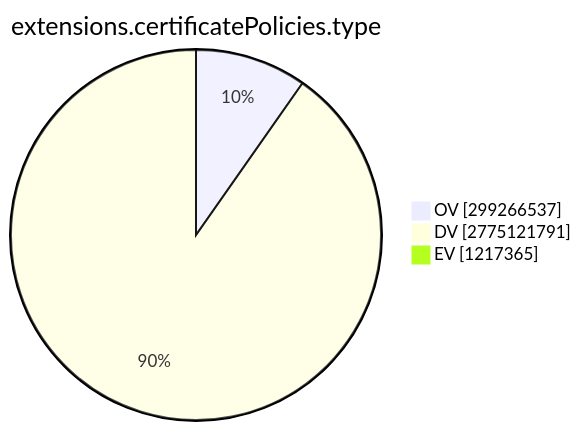
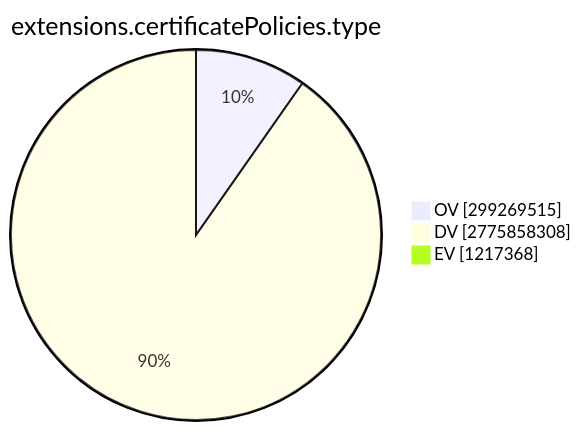
The ninth of 15 diagrams in TOTAL/README.md (christiankrug/ctmonitor_visualization), drawn with Mermaid before and after one commit. The commit also changed other lines of this file, not shown here.

````diff
--- a/TOTAL/README.md
+++ b/TOTAL/README.md
@@ -3101,7 +3101,7 @@
 ```mermaid
 pie showData
 title extensions.certificatePolicies.type
-"OV" :299266537
-"DV" :2775121791
-"EV" :1217365
+"OV" :299269515
+"DV" :2775858308
+"EV" :1217368
 ```
````
